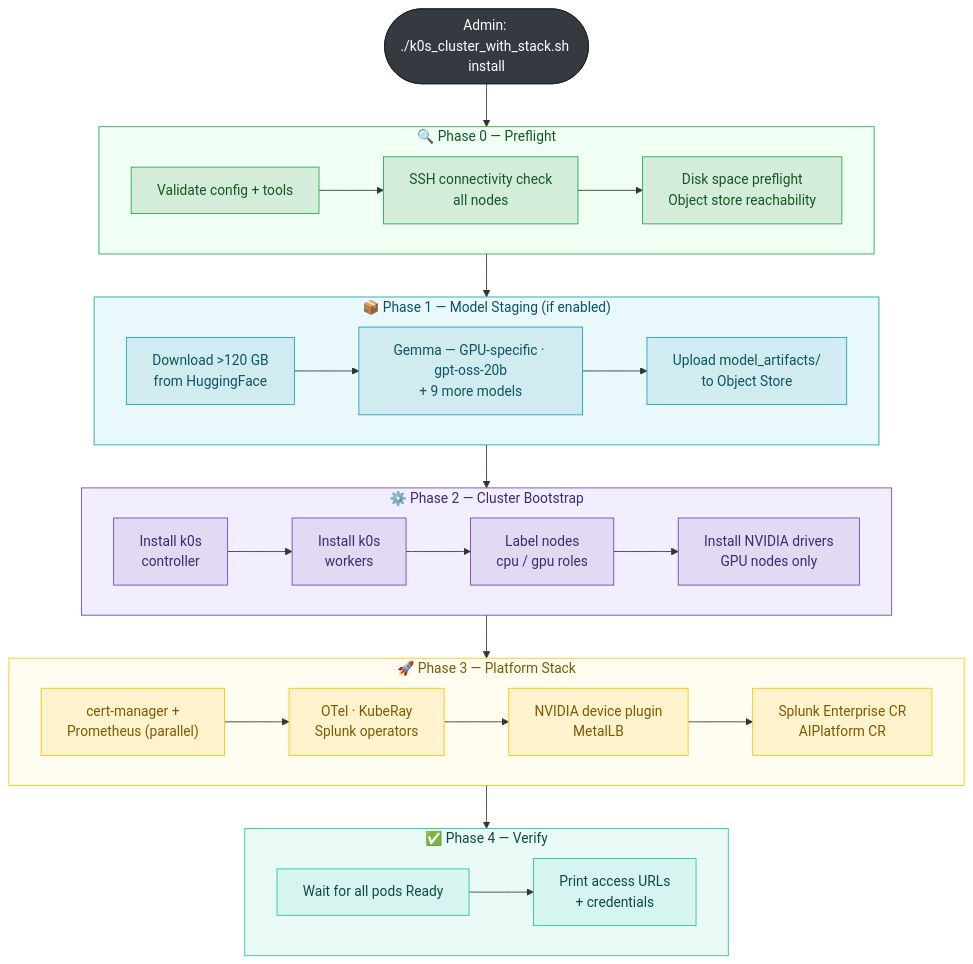
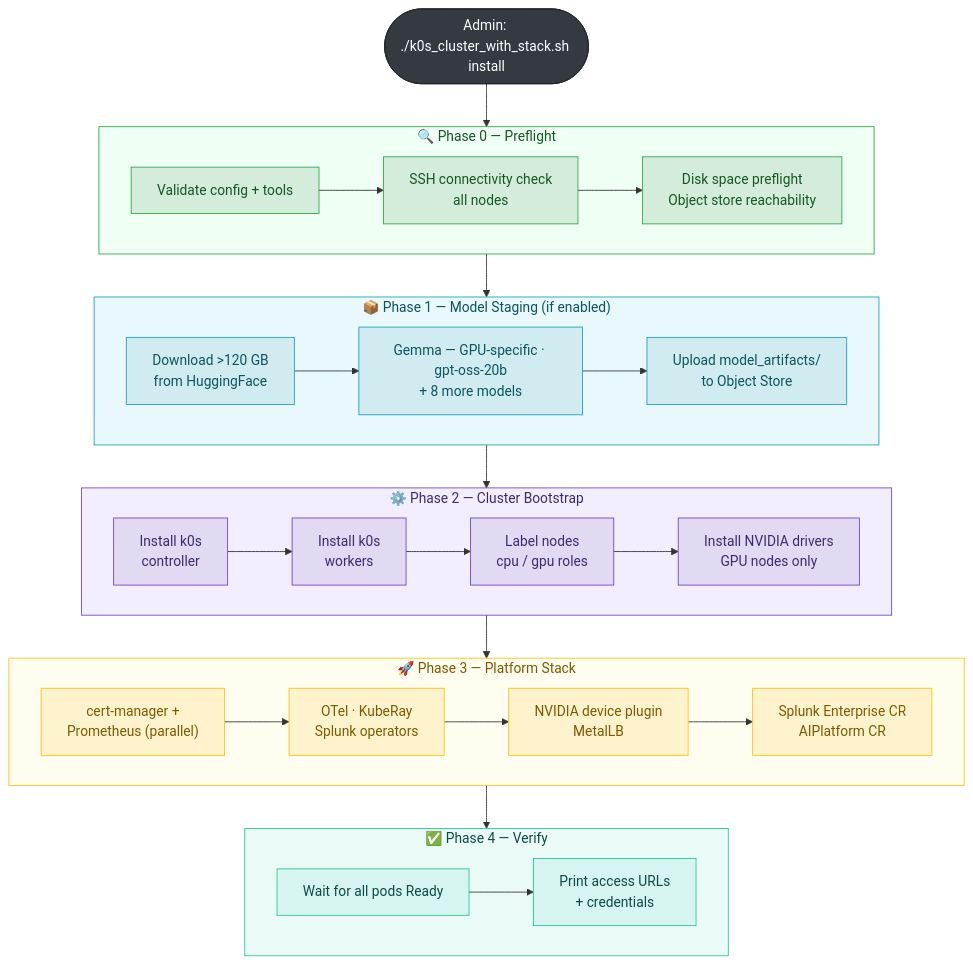
The fourth of 11 diagrams in tools/cluster_setup/DEPLOYMENT_GUIDE.md (splunk/splunk-ai-operator), drawn with Mermaid before and after one commit. The commit also changed other lines of this file and 15 other files, not shown here.

````diff
--- a/tools/cluster_setup/DEPLOYMENT_GUIDE.md
+++ b/tools/cluster_setup/DEPLOYMENT_GUIDE.md
@@ -257,56 +257,56 @@
 ```mermaid
 flowchart TD
     START(["Admin: ./k0s_cluster_with_stack.sh install"])
 
     subgraph P0["🔍 Phase 0 — Preflight"]
         direction LR
         V1["Validate config + tools"] --> V2["SSH connectivity check\nall nodes"]
         V2 --> V3["Disk space preflight\nObject store reachability"]
     end
 
     subgraph P1["📦 Phase 1 — Model Staging  (if enabled)"]
         direction LR
-        M1["Download >120 GB\nfrom HuggingFace"] --> M2["Gemma — GPU-specific · gpt-oss-20b\n+ 9 more models"]
+        M1["Download >120 GB\nfrom HuggingFace"] --> M2["Gemma — GPU-specific · gpt-oss-20b\n+ 8 more models"]
         M2 --> M3["Upload model_artifacts/\nto Object Store"]
     end
 
     subgraph P2["⚙️ Phase 2 — Cluster Bootstrap"]
         direction LR
         C1["Install k0s\ncontroller"] --> C2["Install k0s\nworkers"]
         C2 --> C3["Label nodes\ncpu / gpu roles"]
         C3 --> C4["Install NVIDIA drivers\nGPU nodes only"]
     end
 
     subgraph P3["🚀 Phase 3 — Platform Stack"]
         direction LR
         H1["cert-manager +\nPrometheus (parallel)"] --> H2["OTel · KubeRay\nSplunk operators"]
         H2 --> H3["NVIDIA device plugin\nMetalLB"]
         H3 --> H4["Splunk Enterprise CR\nAIPlatform CR"]
     end
 
     subgraph P4["✅ Phase 4 — Verify"]
         direction LR
         R1["Wait for all pods Ready"] --> R2["Print access URLs\n+ credentials"]
     end
 
     START --> P0 --> P1 --> P2 --> P3 --> P4
 
     classDef preflight  fill:#d4edda,color:#155724,stroke:#28a745
     classDef staging    fill:#d1ecf1,color:#0c5460,stroke:#17a2b8
     classDef bootstrap  fill:#e2d9f3,color:#3d2b6e,stroke:#6f42c1
     classDef platform   fill:#fff3cd,color:#7d5a00,stroke:#ffc107
     classDef verify     fill:#d6f5f0,color:#0d4a45,stroke:#20c997
 
     class V1,V2,V3 preflight
     class M1,M2,M3 staging
     class C1,C2,C3,C4 bootstrap
     class H1,H2,H3,H4 platform
     class R1,R2 verify
 
     style START fill:#343a40,color:#ffffff,stroke:#212529
     style P0 fill:#f0fff4,color:#155724,stroke:#28a745
     style P1 fill:#e8f8fb,color:#0c5460,stroke:#17a2b8
     style P2 fill:#f3eeff,color:#3d2b6e,stroke:#6f42c1
     style P3 fill:#fffdf0,color:#7d5a00,stroke:#ffc107
     style P4 fill:#eafaf7,color:#0d4a45,stroke:#20c997
 ```
````
